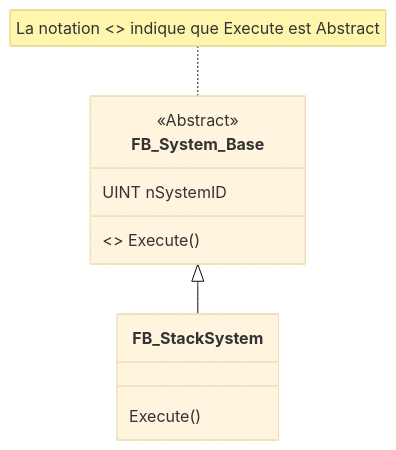
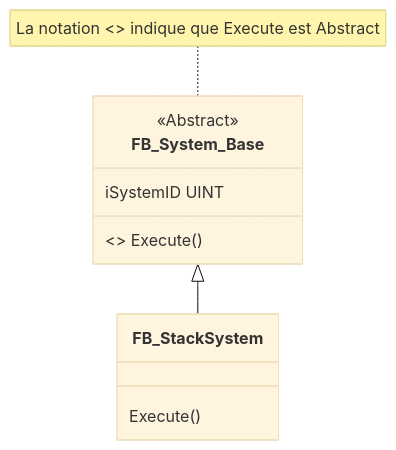
Before and after one commit to hei-synd-aaut/aaut-docs: the seventh of 8 diagrams in AAut_MOD_01_IEC_61131_OOP_Introduction/Programmation_IEC_61131_3_FR.md, drawn with Mermaid (base theme). The commit also changed other lines of this file and 1 other file, not shown here.

````diff
--- a/AAut_MOD_01_IEC_61131_OOP_Introduction/Programmation_IEC_61131_3_FR.md
+++ b/AAut_MOD_01_IEC_61131_OOP_Introduction/Programmation_IEC_61131_3_FR.md
@@ -865,16 +865,16 @@
 ```mermaid
 classDiagram
     class FB_System_Base {
-        UINT nSystemID
+        iSystemID UINT 
         <<Abstract>> Execute()
     }
     <<Abstract>> FB_System_Base
 
     class FB_StackSystem {
         Execute()
     }
 
     FB_System_Base <|-- FB_StackSystem
 
 note for FB_System_Base "La notation <> indique que Execute est Abstract"    
 ```
````
